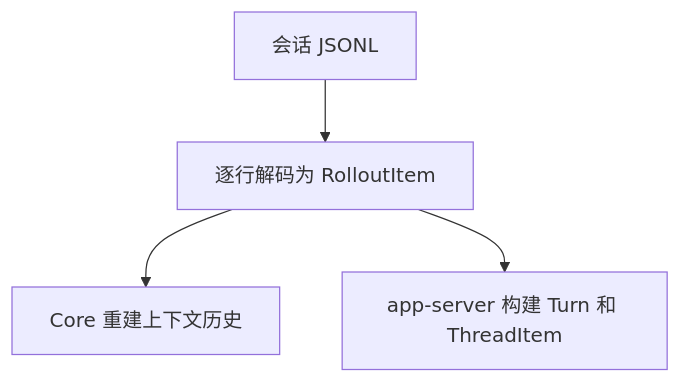
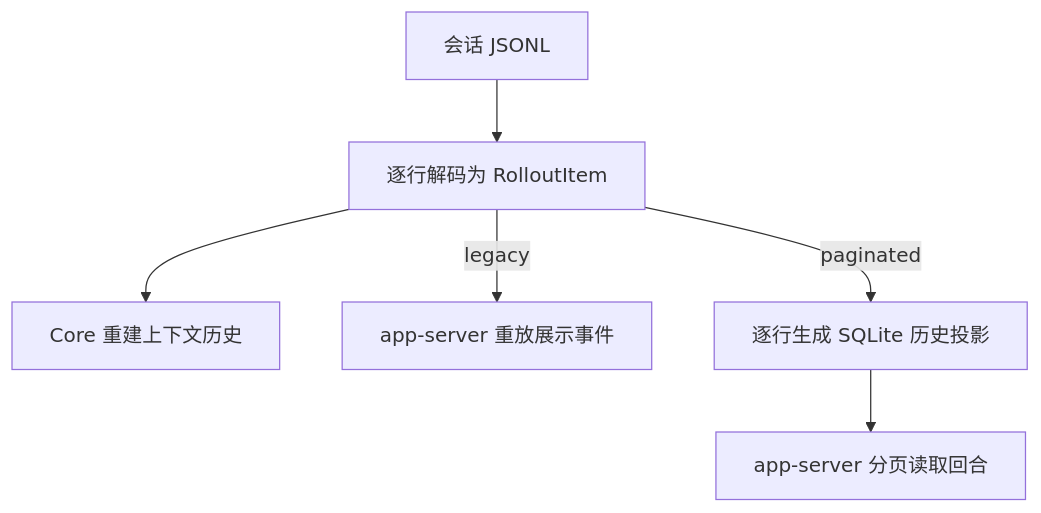
Before and after one commit to GLBB/codex: the second of 2 diagrams in wiki/protocols/rollout-wire.md, drawn with Mermaid. The commit also changed other lines of this file and 1 other file, not shown here.

````diff
--- a/wiki/protocols/rollout-wire.md
+++ b/wiki/protocols/rollout-wire.md
@@ -1033,6 +1052,8 @@
 ```mermaid
 graph TB
     R["会话 JSONL"] --> L["逐行解码为 RolloutItem"]
     L --> C["Core 重建上下文历史"]
-    L --> A["app-server 构建 Turn 和 ThreadItem"]
+    L -->|"legacy"| A["app-server 重放展示事件"]
+    L -->|"paginated"| P["逐行生成 SQLite 历史投影"]
+    P --> Q["app-server 分页读取回合"]
 ```
````
